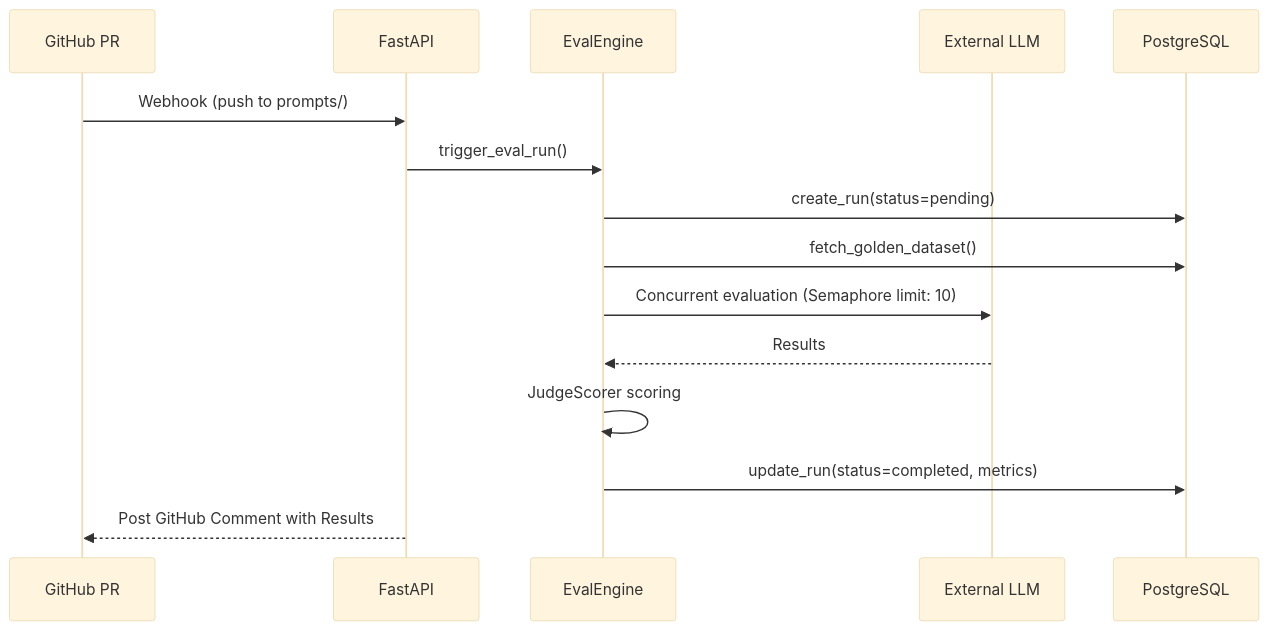
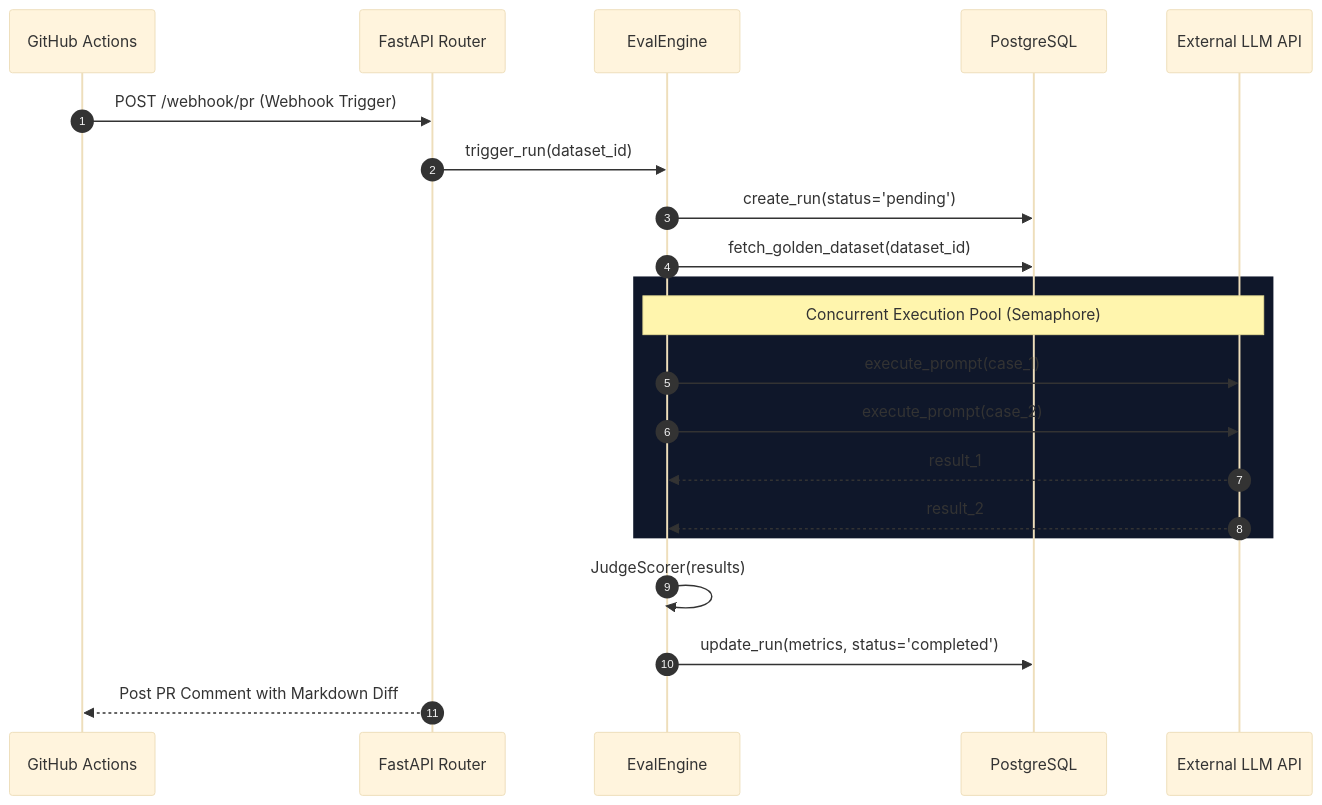
Before and after one commit to wachira567/Model_Regression_Detection_System_Frontend: the second of 2 diagrams in documentation/docs/technical/architecture.md, drawn with Mermaid (base theme). The commit also changed other lines of this file and 9 other files, not shown here.

````diff
--- a/documentation/docs/technical/architecture.md
+++ b/documentation/docs/technical/architecture.md
@@ -26,18 +58,26 @@
 ```mermaid
 sequenceDiagram
-    participant PR as GitHub PR
-    participant API as FastAPI
+    autonumber
+    participant GitHub as GitHub Actions
+    participant API as FastAPI Router
     participant EE as EvalEngine
-    participant LLM as External LLM
     participant DB as PostgreSQL
+    participant LLM as External LLM API
 
-    PR->>API: Webhook (push to prompts/)
-    API->>EE: trigger_eval_run()
-    EE->>DB: create_run(status=pending)
-    EE->>DB: fetch_golden_dataset()
-    EE->>LLM: Concurrent evaluation (Semaphore limit: 10)
-    LLM-->>EE: Results
-    EE->>EE: JudgeScorer scoring
-    EE->>DB: update_run(status=completed, metrics)
-    API-->>PR: Post GitHub Comment with Results
+    GitHub->>API: POST /webhook/pr (Webhook Trigger)
+    API->>EE: trigger_run(dataset_id)
+    EE->>DB: create_run(status='pending')
+    EE->>DB: fetch_golden_dataset(dataset_id)
+    
+    rect rgb(15, 23, 42)
+        Note over EE, LLM: Concurrent Execution Pool (Semaphore)
+        EE->>LLM: execute_prompt(case_1)
+        EE->>LLM: execute_prompt(case_2)
+        LLM-->>EE: result_1
+        LLM-->>EE: result_2
+    end
+    
+    EE->>EE: JudgeScorer(results)
+    EE->>DB: update_run(metrics, status='completed')
+    API-->>GitHub: Post PR Comment with Markdown Diff
 ```
````
